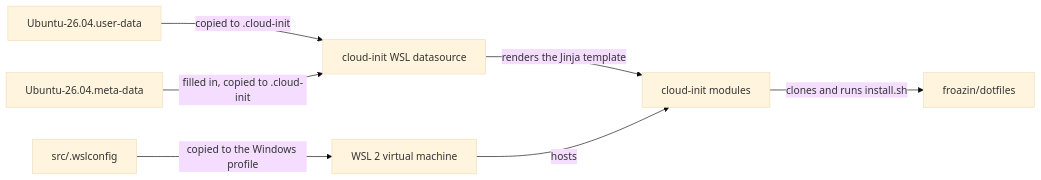
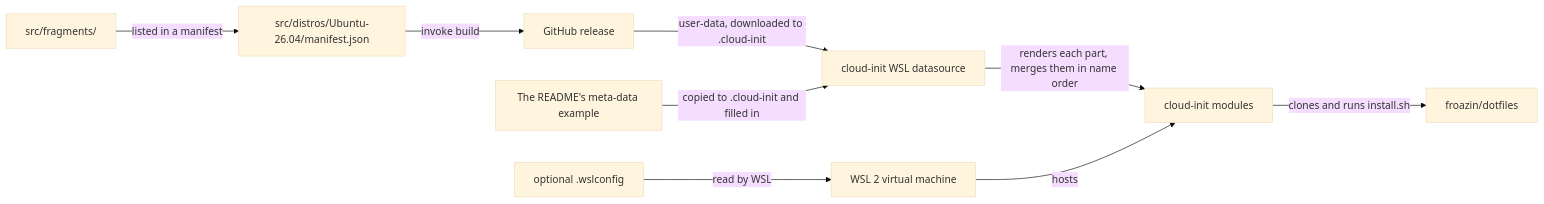
Before and after one commit to froazin/wsl: the diagram in README.md, drawn with Mermaid (base theme). The commit also changed other lines of this file and 62 other files, not shown here.

First line of the commit message:
feat(cloud-init): Create a user-data for each distro, built from shared fragments (#9)

````diff
--- a/README.md
+++ b/README.md
@@ -100,11 +195,13 @@
 ```mermaid
 flowchart LR
     accTitle: How the files reach the instance
-    accDescr: You copy the three files into your Windows profile. WSL reads .wslconfig. cloud-init reads the user-data and meta-data, renders the Jinja template with the meta-data and runs the cloud-config, which installs the dotfiles for the user and for root.
-    wslconfig["src/.wslconfig"] -->|"copied to the Windows profile"| vm["WSL 2 virtual machine"]
-    userdata["Ubuntu-26.04.user-data"] -->|"copied to .cloud-init"| ds["cloud-init WSL datasource"]
-    metadata["Ubuntu-26.04.meta-data"] -->|"filled in, copied to .cloud-init"| ds
-    ds -->|"renders the Jinja template"| modules["cloud-init modules"]
+    accDescr: invoke build joins the fragments each distro's manifest lists into one MIME user-data for the distro, and the release workflow publishes it. You download it into your Windows profile, and write the meta-data beside it from the README's example. cloud-init's WSL datasource reads them, renders each part's Jinja with the meta-data, merges the parts in name order and runs the cloud-config, which installs the dotfiles for the user and for root. WSL reads the optional .wslconfig.
+    parts["src/fragments/"] -->|"listed in a manifest"| manifest["src/distros/Ubuntu-26.04/manifest.json"]
+    manifest -->|"invoke build"| release["GitHub release"]
+    release -->|"user-data, downloaded to .cloud-init"| ds["cloud-init WSL datasource"]
+    example["The README's meta-data example"] -->|"copied to .cloud-init and filled in"| ds
+    ds -->|"renders each part, merges them in name order"| modules["cloud-init modules"]
+    wslconfig["optional .wslconfig"] -->|"read by WSL"| vm["WSL 2 virtual machine"]
     vm -->|hosts| modules
     modules -->|"clones and runs install.sh"| dotfiles["froazin/dotfiles"]
 ```
````
